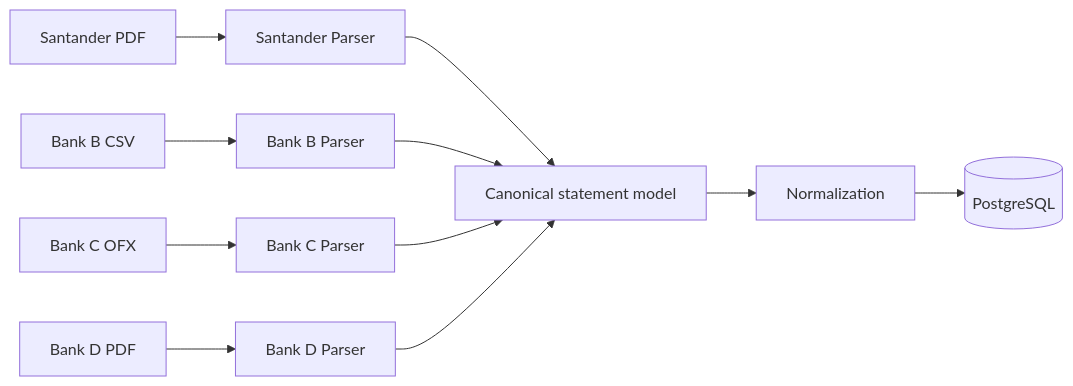
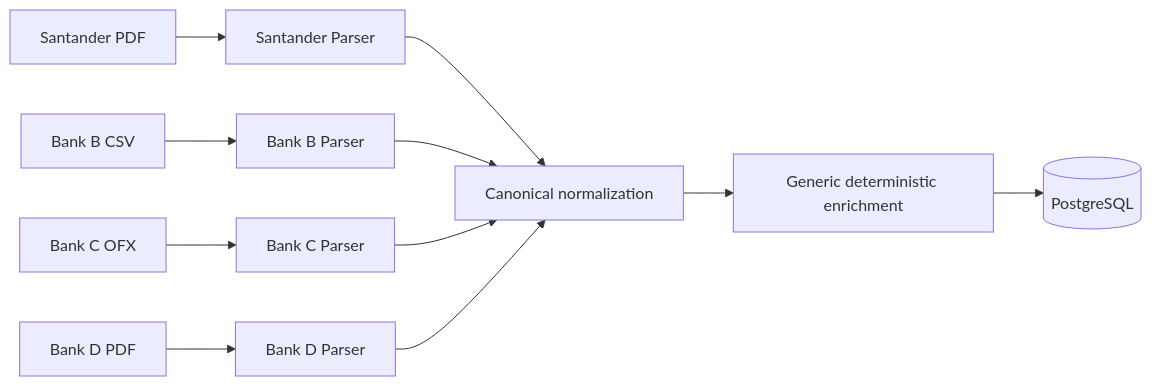
Before and after one commit to daniel-carneiro-nascimento/sherlock-home: the second of 2 diagrams in docs/financial-data-flow.md, drawn with Mermaid. The commit also changed other lines of this file and 25 other files, not shown here.

````diff
--- a/docs/financial-data-flow.md
+++ b/docs/financial-data-flow.md
@@ -45,15 +121,15 @@
 ```mermaid
 flowchart LR
     A[Santander PDF] --> AP[Santander Parser]
     B[Bank B CSV] --> BP[Bank B Parser]
     C[Bank C OFX] --> CP[Bank C Parser]
     D[Bank D PDF] --> DP[Bank D Parser]
 
-    AP --> CANON[Canonical statement model]
-    BP --> CANON
-    CP --> CANON
-    DP --> CANON
+    AP --> NORM[Canonical normalization]
+    BP --> NORM
+    CP --> NORM
+    DP --> NORM
 
-    CANON --> NORMALIZE[Normalization]
-    NORMALIZE --> DB[(PostgreSQL)]
+    NORM --> ENRICH[Generic deterministic enrichment]
+    ENRICH --> DB[(PostgreSQL)]
 ```
````
